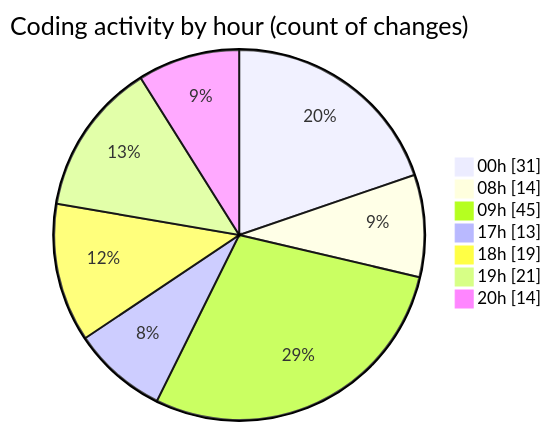
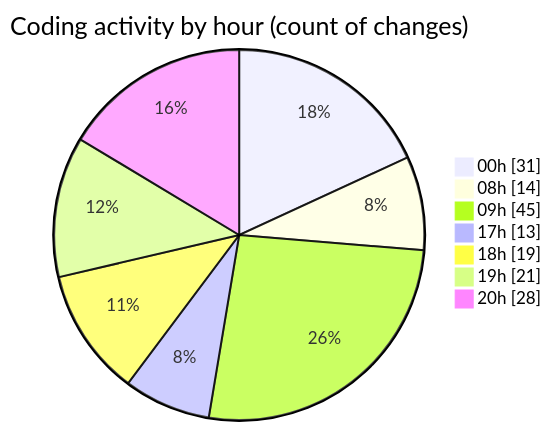
Before and after one commit to lephambinh05/code-tracking: the second of 2 diagrams in 2025-08-03/studybuddy/README.md, drawn with Mermaid. The commit also changed other lines of this file and 1 other file, not shown here.

````diff
--- a/2025-08-03/studybuddy/README.md
+++ b/2025-08-03/studybuddy/README.md
@@ -79,11 +92,11 @@
 ```mermaid
 pie showData
 title Coding activity by hour (count of changes)
 "00h" : 31
 "08h" : 14
 "09h" : 45
 "17h" : 13
 "18h" : 19
 "19h" : 21
-"20h" : 14
+"20h" : 28
 ```
````
